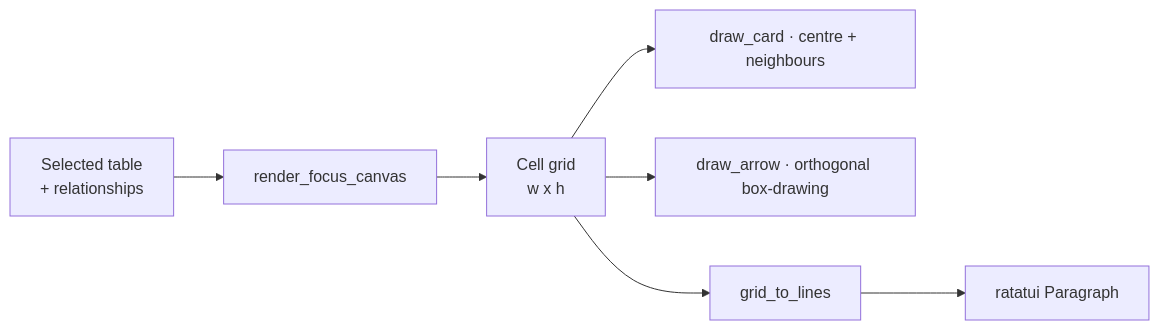
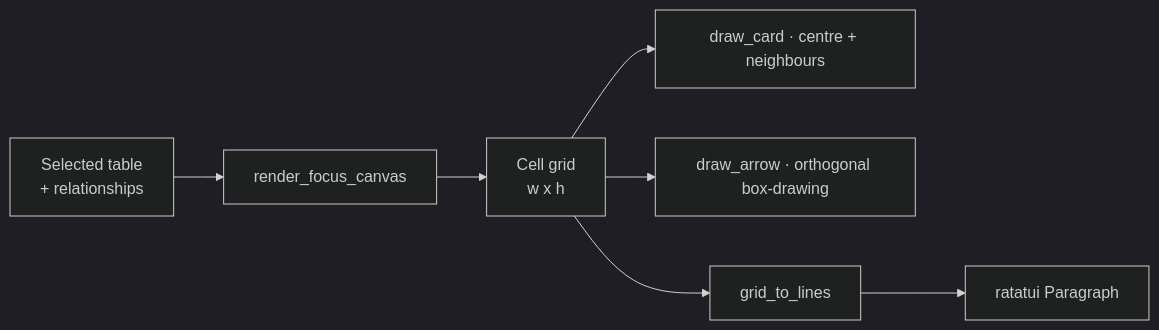
Before and after one commit to nt2311-vn/tsql: the sixth of 7 diagrams in README.md, drawn with Mermaid. The commit also changed other lines of this file and 8 other files, not shown here.

````diff
--- a/README.md
+++ b/README.md
@@ -154,9 +261,10 @@
 ```mermaid
+%%{init: {"theme": "dark"}}%%
 flowchart LR
     A[Selected table<br/>+ relationships] --> B[render_focus_canvas]
     B --> C[Cell grid<br/>w x h]
     C --> D[draw_card · centre + neighbours]
     C --> E[draw_arrow · orthogonal box-drawing]
     C --> F[grid_to_lines]
     F --> G[ratatui Paragraph]
 ```
````
